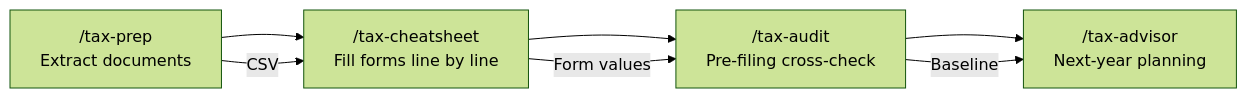
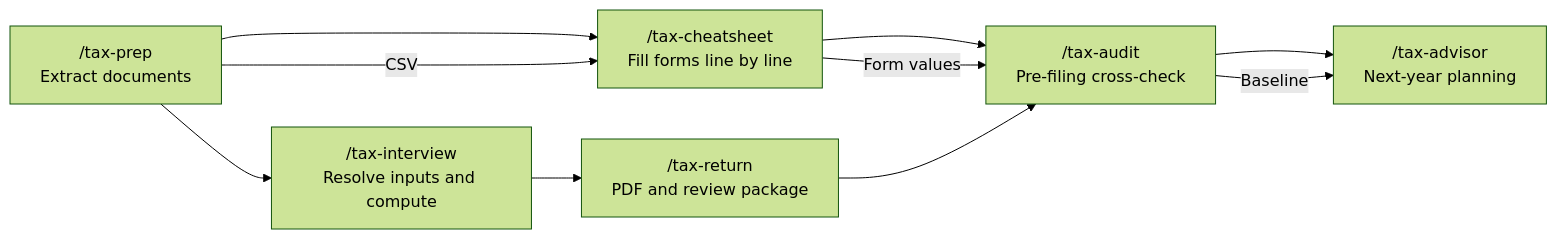
The diagram in README.md (astanford/Tax-Filing), drawn with Mermaid (forest theme) before and after one commit. The commit also changed other lines of this file and 7 other files, not shown here.

````diff
--- a/README.md
+++ b/README.md
@@ -25,10 +19,13 @@
 ```mermaid
 graph LR
     A["/tax-prep<br/>Extract documents"] --> B["/tax-cheatsheet<br/>Fill forms line by line"]
     B --> C["/tax-audit<br/>Pre-filing cross-check"]
     C --> D["/tax-advisor<br/>Next-year planning"]
 
     A -->|CSV| B
+    A --> I["/tax-interview<br/>Resolve inputs and compute"]
+    I --> R["/tax-return<br/>PDF and review package"]
+    R --> C
     B -->|Form values| C
     C -->|Baseline| D
 ```
````
